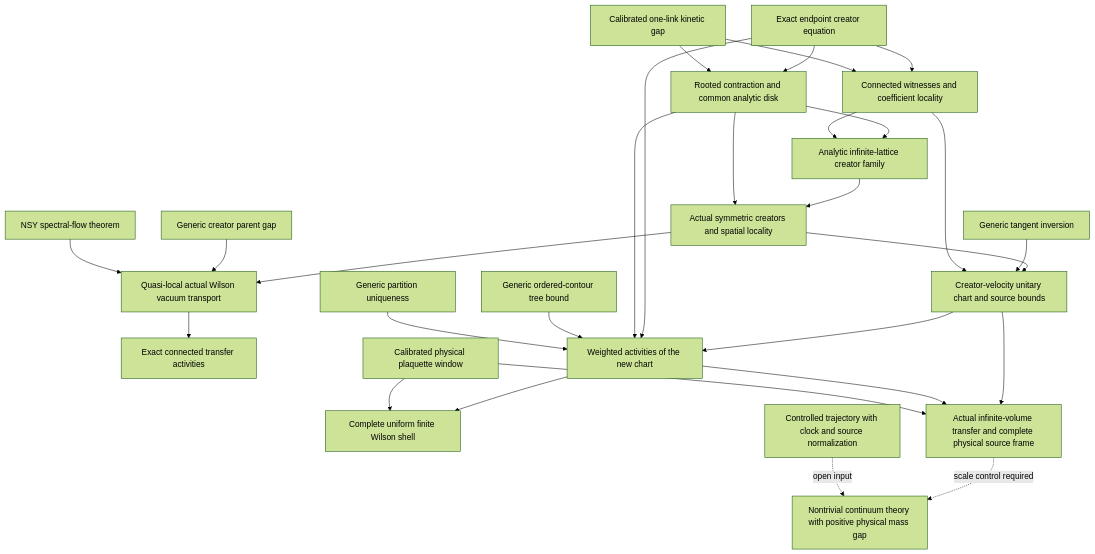
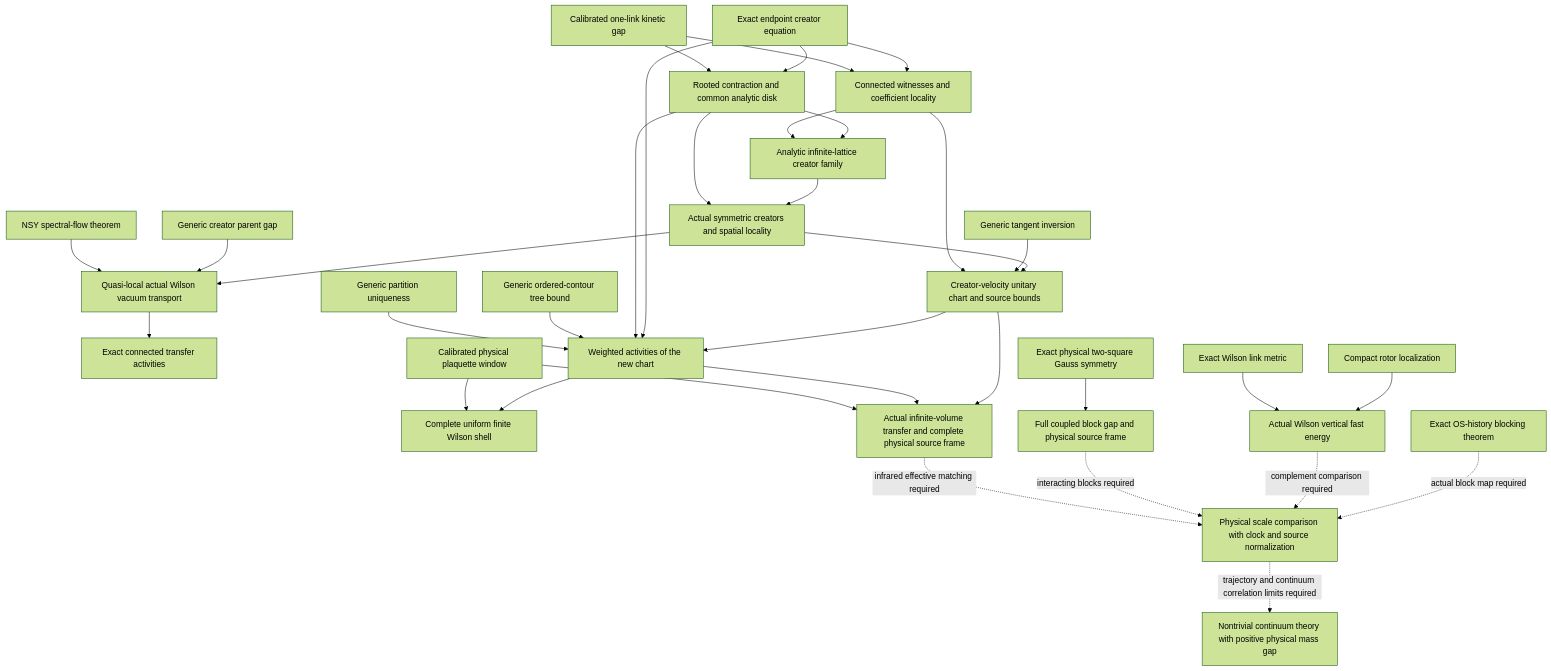
Before and after one commit to ats314/WORKHOUSE: the diagram in docs/current_research.md, drawn with Mermaid (forest theme). The commit also changed other lines of this file and 81 other files, not shown here.

Commit message:
Establish physical Wilson block spectra and scale comparison inputs

````diff
--- a/docs/current_research.md
+++ b/docs/current_research.md
@@ -144,30 +152,36 @@
 ```mermaid
 flowchart TD
   E[Exact endpoint creator equation] --> C[Rooted contraction and common analytic disk]
   K[Calibrated one-link kinetic gap] --> C
   E --> L[Connected witnesses and coefficient locality]
   K --> L
   C --> T[Analytic infinite-lattice creator family]
   L --> T
   T --> W[Actual symmetric creators and spatial locality]
   C --> W
   W --> Q[Quasi-local actual Wilson vacuum transport]
   G[Generic creator parent gap] --> Q
   N[NSY spectral-flow theorem] --> Q
   Q --> A[Exact connected transfer activities]
   W --> V[Creator-velocity unitary chart and source bounds]
   I[Generic tangent inversion] --> V
   L --> V
   V --> O[Weighted activities of the new chart]
   E --> O
   C --> O
   R[Generic ordered-contour tree bound] --> O
   M[Generic partition uniqueness] --> O
   O --> F[Complete uniform finite Wilson shell]
   PW[Calibrated physical plaquette window] --> F
   V --> P[Actual infinite-volume transfer and complete physical source frame]
   O --> P
   PW --> P
-  P -. scale control required .-> CL[Nontrivial continuum theory with positive physical mass gap]
-  RG[Controlled trajectory with clock and source normalization] -. open input .-> CL
+  CG[Compact rotor localization] --> VF[Actual Wilson vertical fast energy]
+  GM[Exact Wilson link metric] --> VF
+  GS[Exact physical two-square Gauss symmetry] --> BF[Full coupled block gap and physical source frame]
+  OS[Exact OS-history blocking theorem] -. actual block map required .-> RG[Physical scale comparison with clock and source normalization]
+  VF -. complement comparison required .-> RG
+  BF -. interacting blocks required .-> RG
+  P -. infrared effective matching required .-> RG
+  RG -. trajectory and continuum correlation limits required .-> CL[Nontrivial continuum theory with positive physical mass gap]
 ```
````
